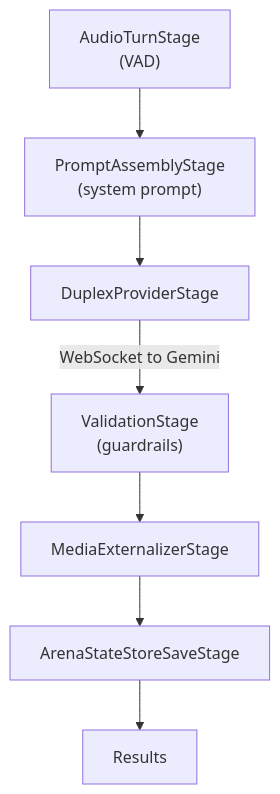
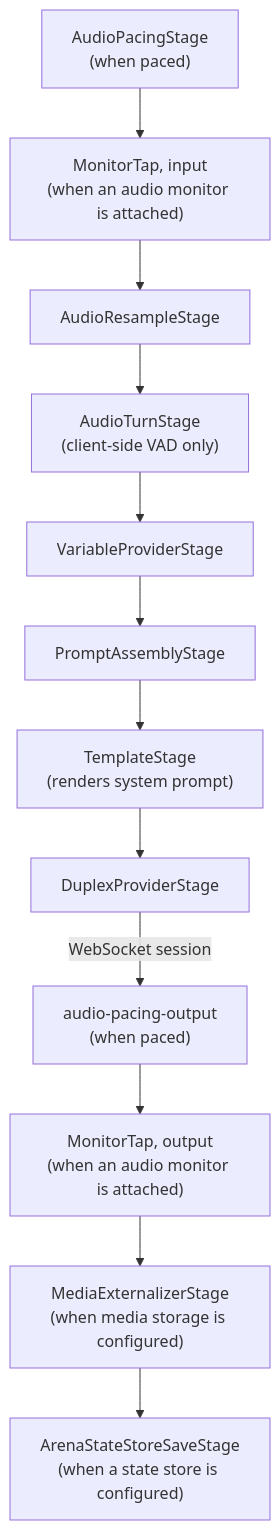
Before and after one commit to AltairaLabs/promptarena: the third of 6 diagrams in docs/src/content/docs/arena/explanation/duplex-architecture.md, drawn with Mermaid. The commit also changed other lines of this file and 8 other files, not shown here.

````diff
--- a/docs/src/content/docs/arena/explanation/duplex-architecture.md
+++ b/docs/src/content/docs/arena/explanation/duplex-architecture.md
@@ -59,9 +73,14 @@
 ```mermaid
 flowchart TD
-    ats["AudioTurnStage<br/>(VAD)"] --> pas["PromptAssemblyStage<br/>(system prompt)"]
-    pas --> dps["DuplexProviderStage"]
-    dps -->|WebSocket to Gemini| vs["ValidationStage<br/>(guardrails)"]
-    vs --> mes["MediaExternalizerStage"]
-    mes --> ass["ArenaStateStoreSaveStage"]
-    ass --> res["Results"]
+    pin["AudioPacingStage<br/>(when paced)"] --> tin["MonitorTap, input<br/>(when an audio monitor is attached)"]
+    tin --> rs["AudioResampleStage"]
+    rs --> ats["AudioTurnStage<br/>(client-side VAD only)"]
+    ats --> vps["VariableProviderStage"]
+    vps --> pas["PromptAssemblyStage"]
+    pas --> ts["TemplateStage<br/>(renders system prompt)"]
+    ts --> dps["DuplexProviderStage"]
+    dps -->|WebSocket session| pout["audio-pacing-output<br/>(when paced)"]
+    pout --> tout["MonitorTap, output<br/>(when an audio monitor is attached)"]
+    tout --> mes["MediaExternalizerStage<br/>(when media storage is configured)"]
+    mes --> ass["ArenaStateStoreSaveStage<br/>(when a state store is configured)"]
 ```
````
